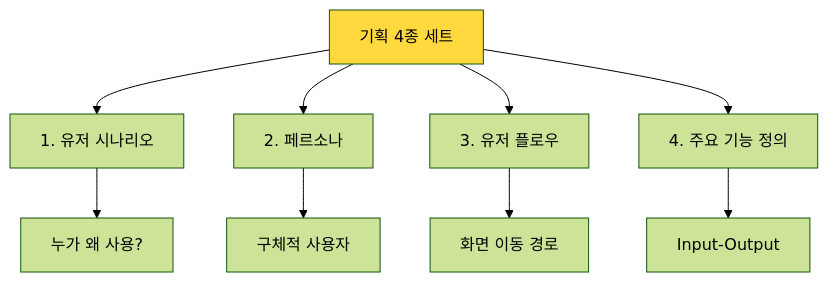
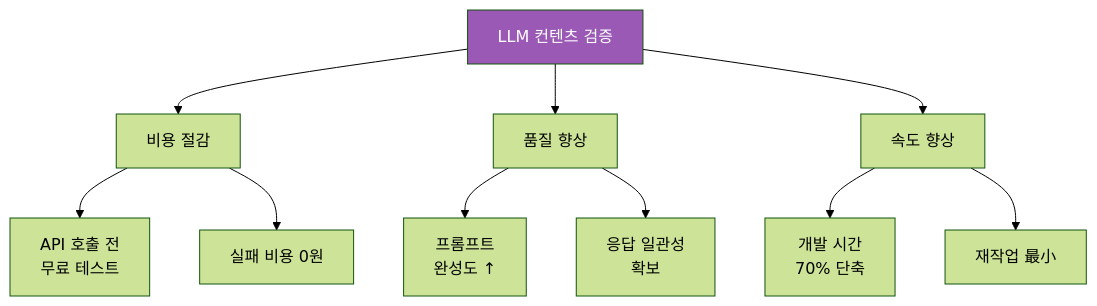
The eighth of 14 diagrams in Docs/주제/5단계-AI가상환경_실전체험_교육가이드.md (Collegenie-X/AI-Vive-Coding), drawn with Mermaid (forest theme) before and after one commit. The commit also changed other lines of this file and 2 other files, not shown here.

````diff
--- a/Docs/주제/5단계-AI가상환경_실전체험_교육가이드.md
+++ b/Docs/주제/5단계-AI가상환경_실전체험_교육가이드.md
@@ -403,14 +1024,17 @@
 ```mermaid
 graph TB
-    A[기획 4종 세트] --> B[1. 유저 시나리오]
-    A --> C[2. 페르소나]
-    A --> D[3. 유저 플로우]
-    A --> E[4. 주요 기능 정의]
+    A[LLM 컨텐츠 검증] --> B[비용 절감]
+    A --> C[품질 향상]
+    A --> D[속도 향상]
     
-    B --> B1[누가 왜 사용?]
-    C --> C1[구체적 사용자]
-    D --> D1[화면 이동 경로]
-    E --> E1[Input-Output]
+    B --> B1[API 호출 전<br/>무료 테스트]
+    B --> B2[실패 비용 0원]
     
-    style A fill:#FFD93D
+    C --> C1[프롬프트<br/>완성도 ↑]
+    C --> C2[응답 일관성<br/>확보]
+    
+    D --> D1[개발 시간<br/>70% 단축]
+    D --> D2[재작업 最小]
+    
+    style A fill:#9B59B6,color:#fff
 ```
````
